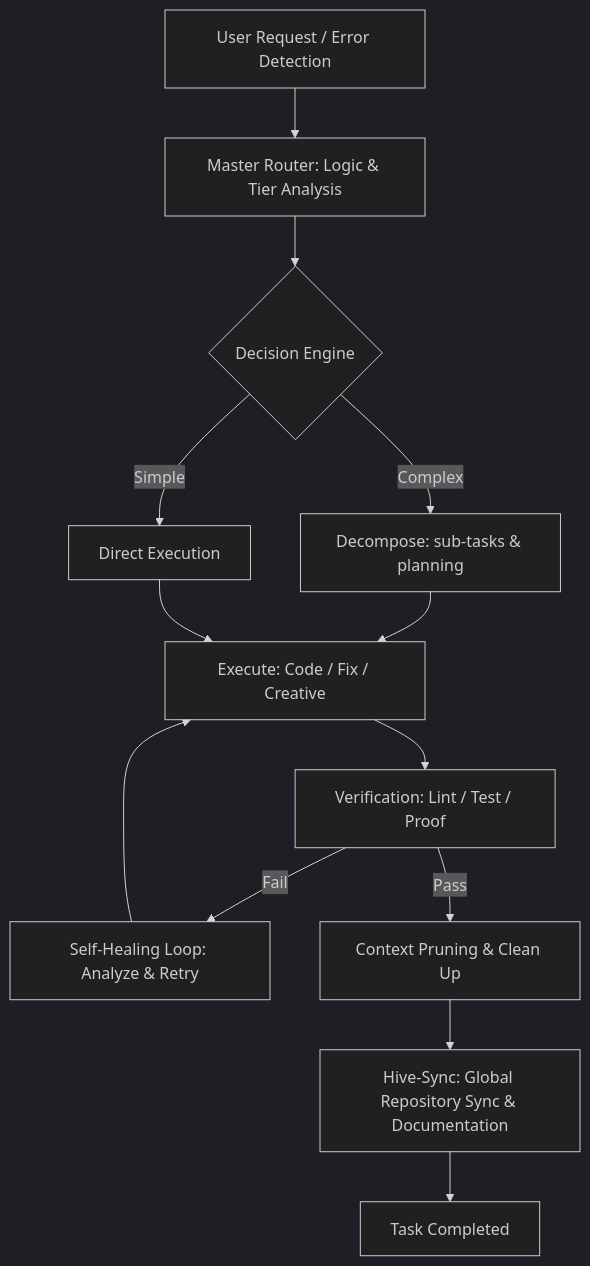
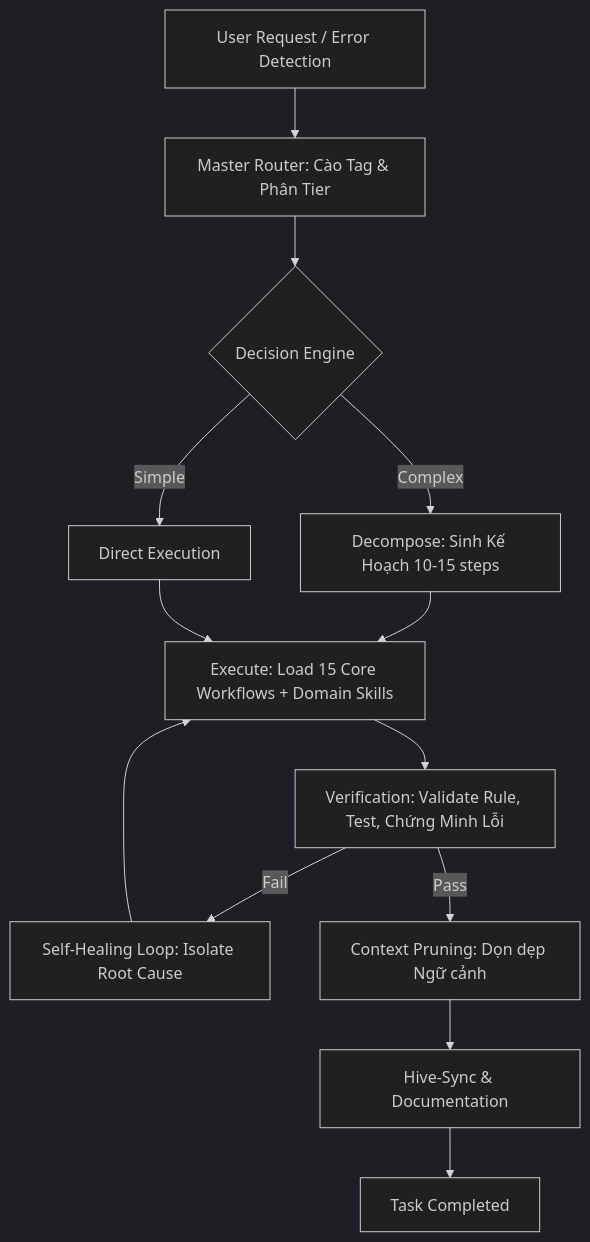
Before and after one commit to ngTwg/Branding-Focused: the diagram in README.md, drawn with Mermaid (dark theme). The commit also changed other lines of this file, not shown here.

Commit message:
docs(readme): update comprehensive 544 skills ecosystem and roadmap

````diff
--- a/README.md
+++ b/README.md
@@ -47,15 +44,15 @@
 ```mermaid
 graph TD
-    A[User Request / Error Detection] --> B[Master Router: Logic & Tier Analysis]
+    A[User Request / Error Detection] --> B[Master Router: Cào Tag & Phân Tier]
     B --> C{Decision Engine}
-    C -->|Complex| D[Decompose: sub-tasks & planning]
+    C -->|Complex| D[Decompose: Sinh Kế Hoạch 10-15 steps]
     C -->|Simple| E[Direct Execution]
-    D --> F[Execute: Code / Fix / Creative]
+    D --> F[Execute: Load 15 Core Workflows + Domain Skills]
     E --> F
-    F --> G[Verification: Lint / Test / Proof]
-    G -->|Fail| H[Self-Healing Loop: Analyze & Retry]
+    F --> G[Verification: Validate Rule, Test, Chứng Minh Lỗi]
+    G -->|Fail| H[Self-Healing Loop: Isolate Root Cause]
     H --> F
-    G -->|Pass| I[Context Pruning & Clean Up]
-    I --> J[Hive-Sync: Global Repository Sync & Documentation]
+    G -->|Pass| I[Context Pruning: Dọn dẹp Ngữ cảnh]
+    I --> J[Hive-Sync & Documentation]
     J --> K[Task Completed]
 ```
````
